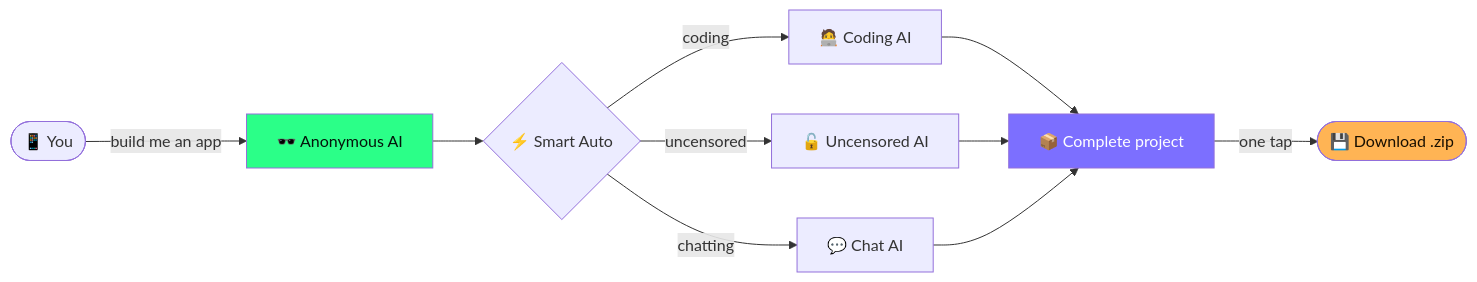
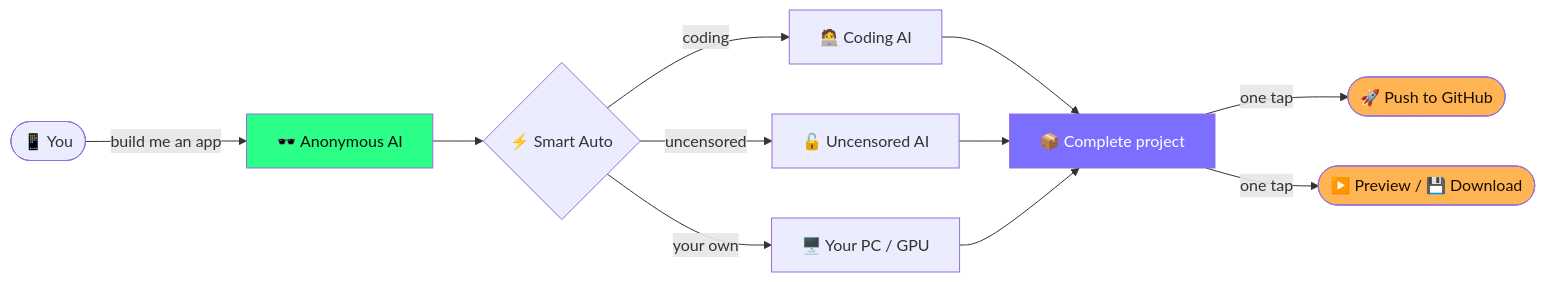
One commit to curiousstitches/anonymous-ai changed the diagram in README.md. Above: the diagram before and after it, drawn with Mermaid. The commit also changed other lines of this file and 10 other files, not shown here.

````diff
--- a/README.md
+++ b/README.md
@@ -75,15 +66,17 @@
 ```mermaid
 flowchart LR
     A([📱 You]) -->|"build me an app"| B[🕶️ Anonymous AI]
     B --> C{⚡ Smart Auto}
     C -->|coding| D[🧑‍💻 Coding AI]
     C -->|uncensored| E[🔓 Uncensored AI]
-    C -->|chatting| F[💬 Chat AI]
+    C -->|your own| F[🖥️ Your PC / GPU]
     D --> G[📦 Complete project]
     E --> G
     F --> G
-    G -->|"one tap"| H([💾 Download .zip])
+    G -->|one tap| H([🚀 Push to GitHub])
+    G -->|one tap| I([▶️ Preview / 💾 Download])
     style B fill:#2bff88,color:#04140a
     style G fill:#7c6fff,color:#fff
     style H fill:#ffb454,color:#180f00
+    style I fill:#ffb454,color:#180f00
 ```
````
